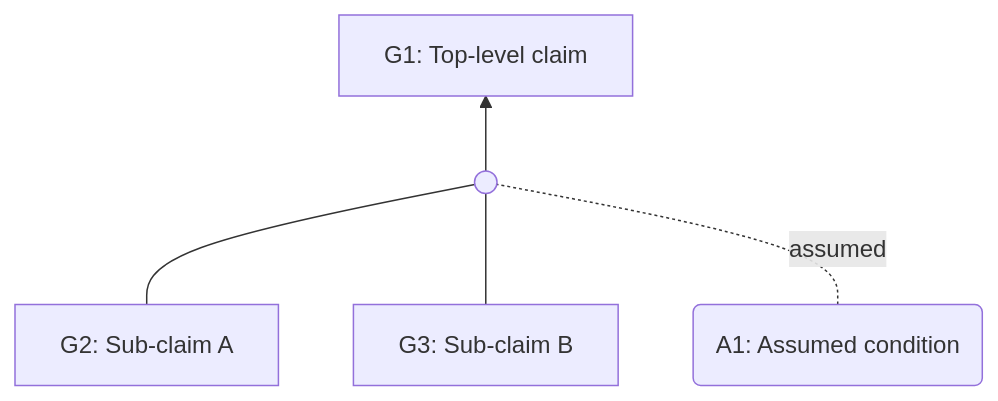
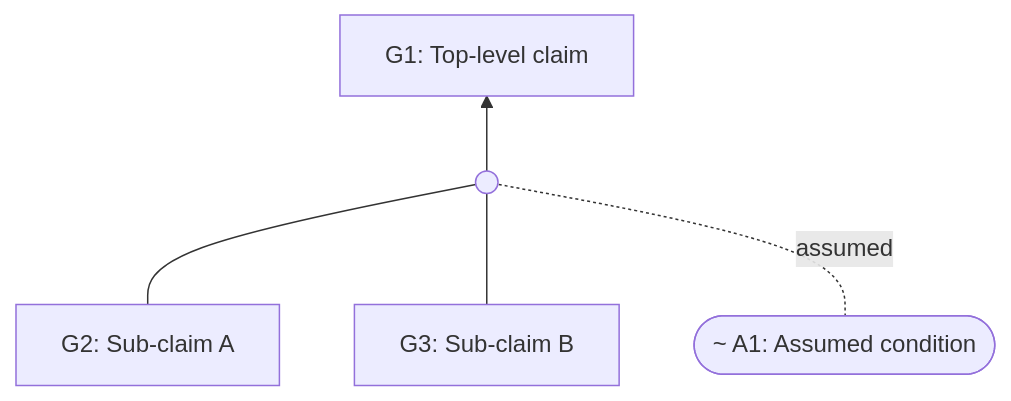
Diagram 18 of 19 in docs/sacm-mermaid.md (coreinfrastructure/best-practices-badge), drawn with Mermaid before and after one commit. The commit also changed other lines of this file, not shown here.

Commit message:
Change mapping for assumed claim

````diff
--- a/docs/sacm-mermaid.md
+++ b/docs/sacm-mermaid.md
@@ -661,13 +670,13 @@
 ```mermaid
 flowchart BT
     G2["G2: Sub-claim A"]
     G3["G3: Sub-claim B"]
-    A1("A1: Assumed condition")
+    A1(["~ A1: Assumed condition"])
     Inf1((" "))
     G1["G1: Top-level claim"]
 
     G2 --- Inf1
     G3 --- Inf1
     A1 -. "assumed" .- Inf1
     Inf1 --> G1
 ```
````
